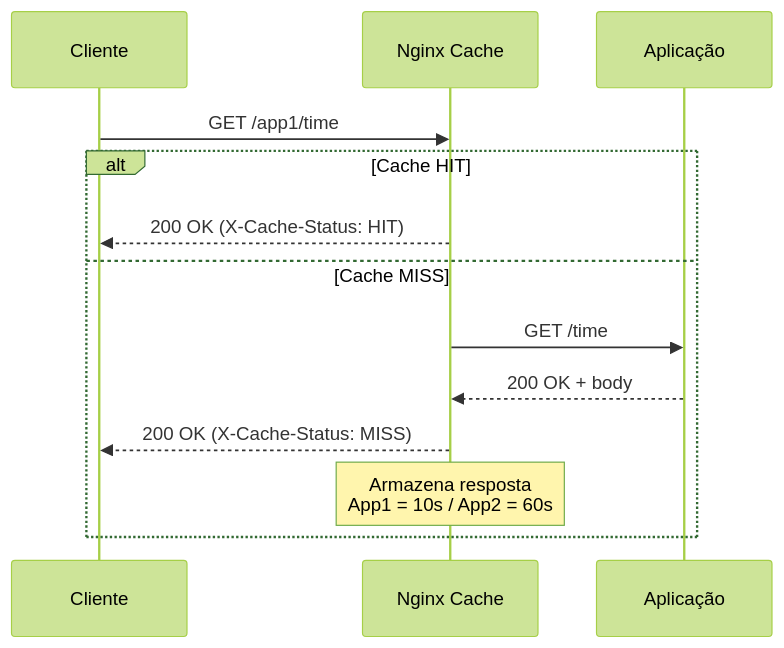
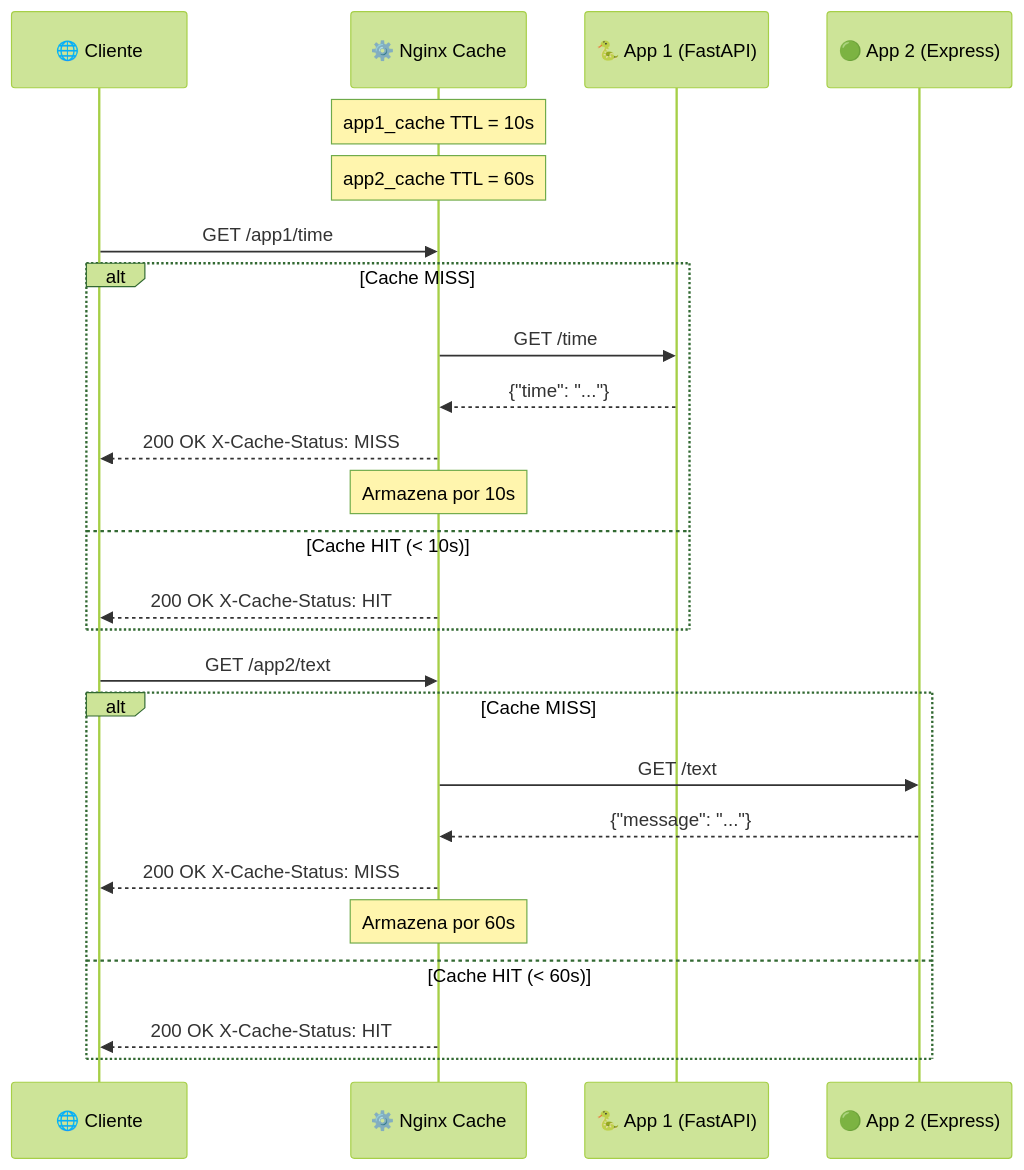
The third of 6 diagrams in docs/architecture.md (wilsongomes345/to-brasil), drawn with Mermaid (forest theme) before and after one commit. The commit also changed other lines of this file and 10 other files, not shown here.

````diff
--- a/docs/architecture.md
+++ b/docs/architecture.md
@@ -49,16 +91,30 @@
 ```mermaid
 sequenceDiagram
-    participant C  as Cliente
-    participant N  as Nginx Cache
-    participant A  as Aplicação
+    participant C  as 🌐 Cliente
+    participant N  as ⚙️ Nginx Cache
+    participant A1 as 🐍 App 1 (FastAPI)
+    participant A2 as 🟢 App 2 (Express)
+
+    Note over N: app1_cache TTL = 10s
+    Note over N: app2_cache TTL = 60s
 
     C->>N: GET /app1/time
-    alt Cache HIT
-        N-->>C: 200 OK (X-Cache-Status: HIT)
-    else Cache MISS
-        N->>A: GET /time
-        A-->>N: 200 OK + body
-        N-->>C: 200 OK (X-Cache-Status: MISS)
-        Note over N: Armazena resposta<br/>App1 = 10s / App2 = 60s
+    alt Cache MISS
+        N->>A1: GET /time
+        A1-->>N: {"time": "..."}
+        N-->>C: 200 OK  X-Cache-Status: MISS
+        Note over N: Armazena por 10s
+    else Cache HIT (< 10s)
+        N-->>C: 200 OK  X-Cache-Status: HIT
+    end
+
+    C->>N: GET /app2/text
+    alt Cache MISS
+        N->>A2: GET /text
+        A2-->>N: {"message": "..."}
+        N-->>C: 200 OK  X-Cache-Status: MISS
+        Note over N: Armazena por 60s
+    else Cache HIT (< 60s)
+        N-->>C: 200 OK  X-Cache-Status: HIT
     end
 ```
````
